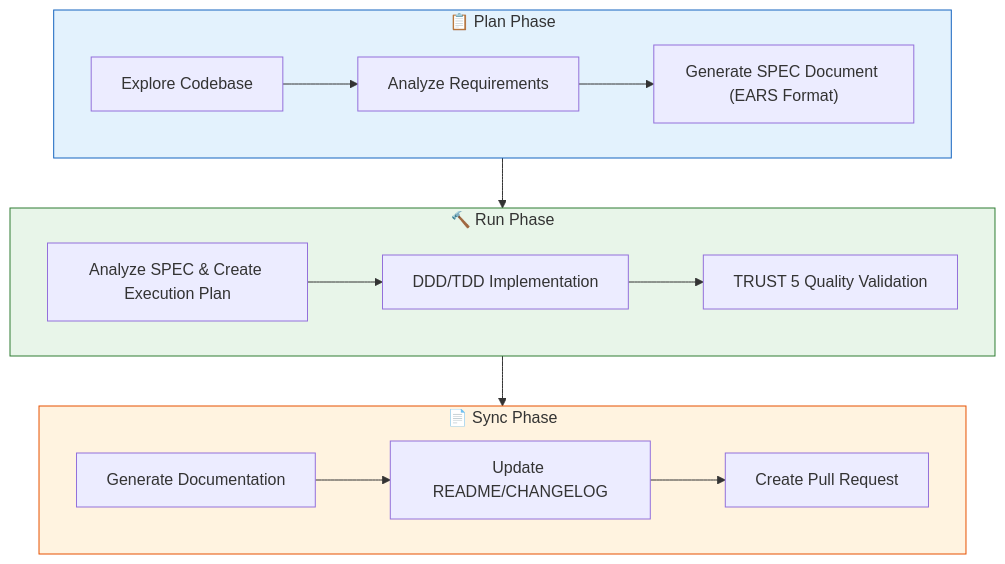
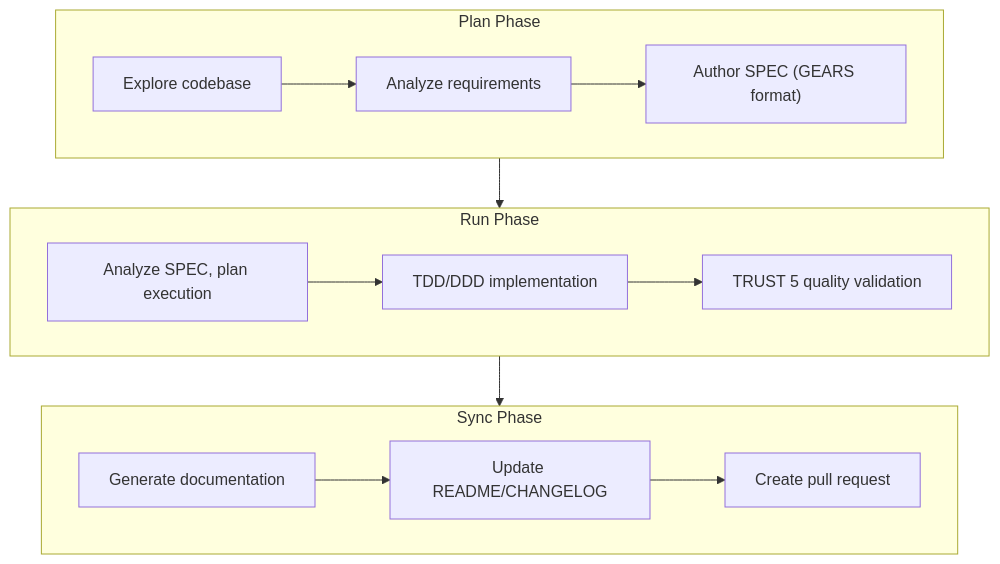
One commit to modu-ai/moai-adk changed the fourth of 5 diagrams in README.md. Above: the diagram before and after it, drawn with Mermaid. The commit also changed other lines of this file and 395 other files, not shown here.

````diff
--- a/README.md
+++ b/README.md
@@ -523,24 +390,20 @@
 ```mermaid
-graph TB
-    subgraph Plan ["📋 Plan Phase"]
-        P1["Explore Codebase"] --> P2["Analyze Requirements"]
-        P2 --> P3["Generate SPEC Document (EARS Format)"]
+flowchart TB
+    subgraph Plan ["Plan Phase"]
+        P1["Explore codebase"] --> P2["Analyze requirements"]
+        P2 --> P3["Author SPEC (GEARS format)"]
     end
 
-    subgraph Run ["🔨 Run Phase"]
-        R1["Analyze SPEC & Create Execution Plan"] --> R2["DDD/TDD Implementation"]
-        R2 --> R3["TRUST 5 Quality Validation"]
+    subgraph Run ["Run Phase"]
+        R1["Analyze SPEC, plan execution"] --> R2["TDD/DDD implementation"]
+        R2 --> R3["TRUST 5 quality validation"]
     end
 
-    subgraph Sync ["📄 Sync Phase"]
-        S1["Generate Documentation"] --> S2["Update README/CHANGELOG"]
-        S2 --> S3["Create Pull Request"]
+    subgraph Sync ["Sync Phase"]
+        S1["Generate documentation"] --> S2["Update README/CHANGELOG"]
+        S2 --> S3["Create pull request"]
     end
 
     Plan --> Run
     Run --> Sync
-
-    style Plan fill:#E3F2FD,stroke:#1565C0
-    style Run fill:#E8F5E9,stroke:#2E7D32
-    style Sync fill:#FFF3E0,stroke:#E65100
 ```
````
